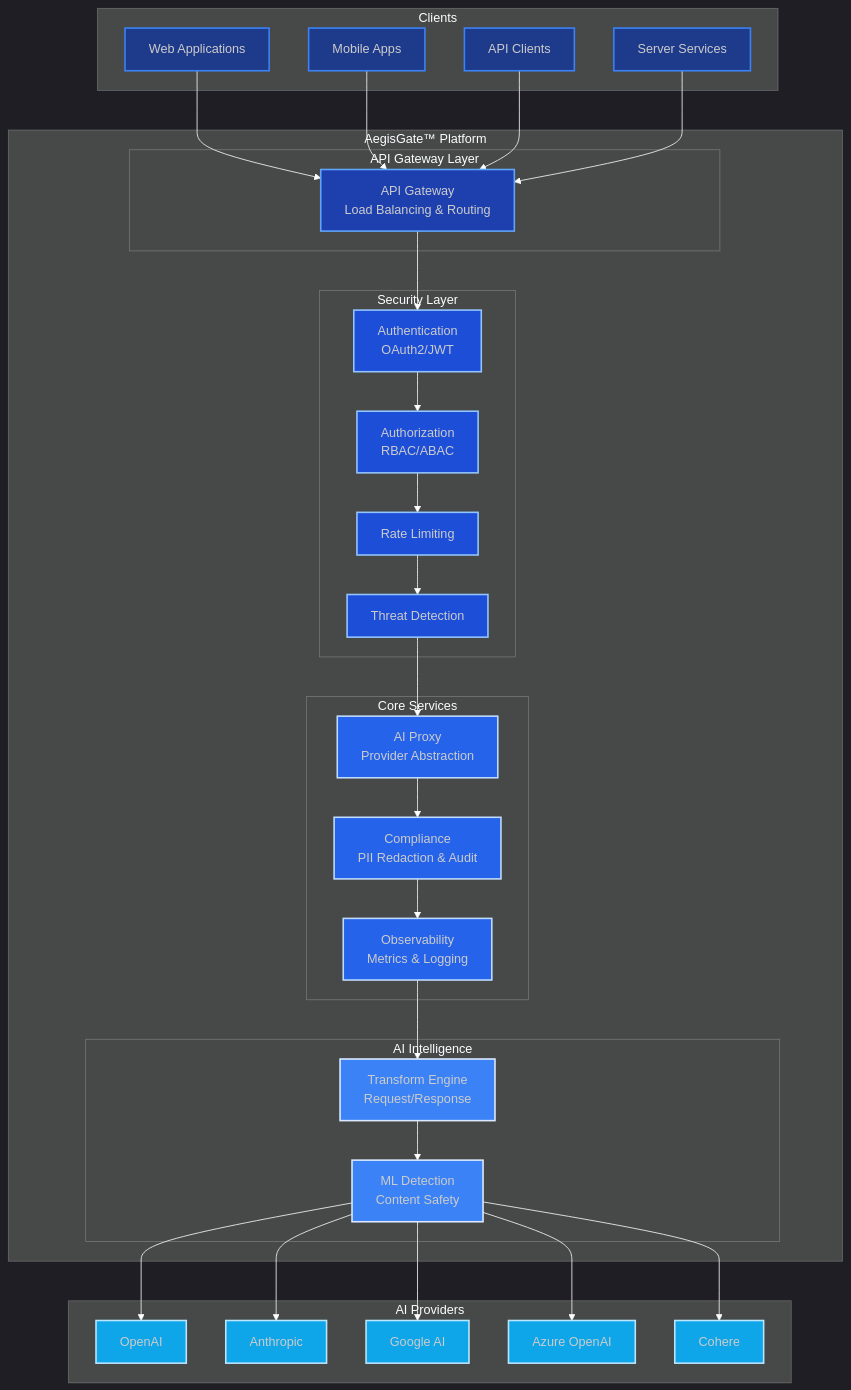
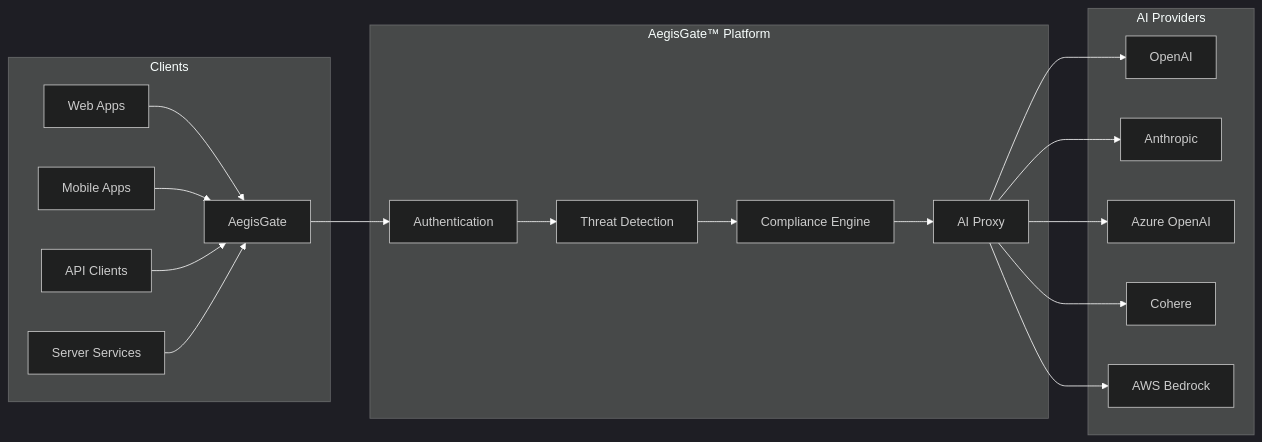
The diagram in README.md (aegisgatesecurity/aegisgate), drawn with Mermaid before and after one commit. The commit also changed other lines of this file, not shown here.

First line of the commit message:
docs: update README with comprehensive landing page content

````diff
--- a/README.md
+++ b/README.md
@@ -135,87 +488,25 @@
 ```mermaid
-%%{ init: {
-    'theme': 'dark',
-    'themeVariables': {
-        'primaryColor': '#0d47a1',
-        'primaryBorderColor': '#1565c0',
-        'primaryTextColor': '#ffffff',
-        'lineColor': '#ffffff',
-        'background': '#000000'
-    }
-} }%%
-graph TD
+%%{ init: { 'theme': 'dark', 'themeVariables': { 'primaryColor': '#0d47a1', 'primaryBorderColor': '#1565c0', 'lineColor': '#ffffff' } } }%%
+graph LR
     subgraph Clients
-        C1[Web Applications]
-        C2[Mobile Apps]
-        C3[API Clients]
-        C4[Server Services]
+        A[Web Apps] --> G[AegisGate]
+        B[Mobile Apps] --> G
+        C[API Clients] --> G
+        D[Server Services] --> G
     end
-
+    
     subgraph "AegisGate™ Platform"
-        subgraph "API Gateway Layer"
-            AG[API Gateway<br/>Load Balancing & Routing]
-        end
-
-        subgraph "Security Layer"
-            AUTH[Authentication<br/>OAuth2/JWT]
-            AUTHZ[Authorization<br/>RBAC/ABAC]
-            RATE[Rate Limiting]
-            THREAT[Threat Detection]
-        end
-
-        subgraph "Core Services"
-            PROXY[AI Proxy<br/>Provider Abstraction]
-            COMP[Compliance<br/>PII Redaction & Audit]
-            OBS[Observability<br/>Metrics & Logging]
-        end
-
-        subgraph "AI Intelligence"
-            ML[ML Detection<br/>Content Safety]
-            TRANS[Transform Engine<br/>Request/Response]
-        end
+        G --> AUTH[Authentication]
+        AUTH --> THREAT[Threat Detection]
+        THREAT --> COMPLIANCE[Compliance Engine]
+        COMPLIANCE --> PROXY[AI Proxy]
     end
-
+    
     subgraph "AI Providers"
-        OPENAI[OpenAI]
-        ANTHROPIC[Anthropic]
-        GOOGLE[Google AI]
-        AZURE[Azure OpenAI]
-        COHERE[Cohere]
+        PROXY --> OPENAI[OpenAI]
+        PROXY --> ANTHROPIC[Anthropic]
+        PROXY --> AZURE[Azure OpenAI]
+        PROXY --> COHERE[Cohere]
+        PROXY --> BEDROCK[AWS Bedrock]
     end
-
-    C1 --> AG
-    C2 --> AG
-    C3 --> AG
-    C4 --> AG
-
-    AG --> AUTH
-    AUTH --> AUTHZ
-    AUTHZ --> RATE
-    RATE --> THREAT
-    THREAT --> PROXY
-
-    PROXY --> COMP
-    COMP --> OBS
-    OBS --> TRANS
-    TRANS --> ML
-    ML --> OPENAI
-    ML --> ANTHROPIC
-    ML --> GOOGLE
-    ML --> AZURE
-    ML --> COHERE
-
-    %% Blue‑tinted classes for a dark background
-    classDef client fill:#1e3a8a,stroke:#3b82f6,stroke-width:2px;
-    classDef gateway fill:#1e40af,stroke:#60a5fa,stroke-width:2px;
-    classDef security fill:#1d4ed8,stroke:#93c5fd,stroke-width:2px;
-    classDef core fill:#2563eb,stroke:#bfdbfe,stroke-width:2px;
-    classDef ml fill:#3b82f6,stroke:#dbeafe,stroke-width:2px;
-    classDef provider fill:#0ea5e9,stroke:#bae6fd,stroke-width:2px;
-
-    class C1,C2,C3,C4 client;
-    class AG gateway;
-    class AUTH,AUTHZ,RATE,THREAT security;
-    class PROXY,COMP,OBS core;
-    class TRANS,ML ml;
-    class OPENAI,ANTHROPIC,GOOGLE,AZURE,COHERE provider;
 ```
````
